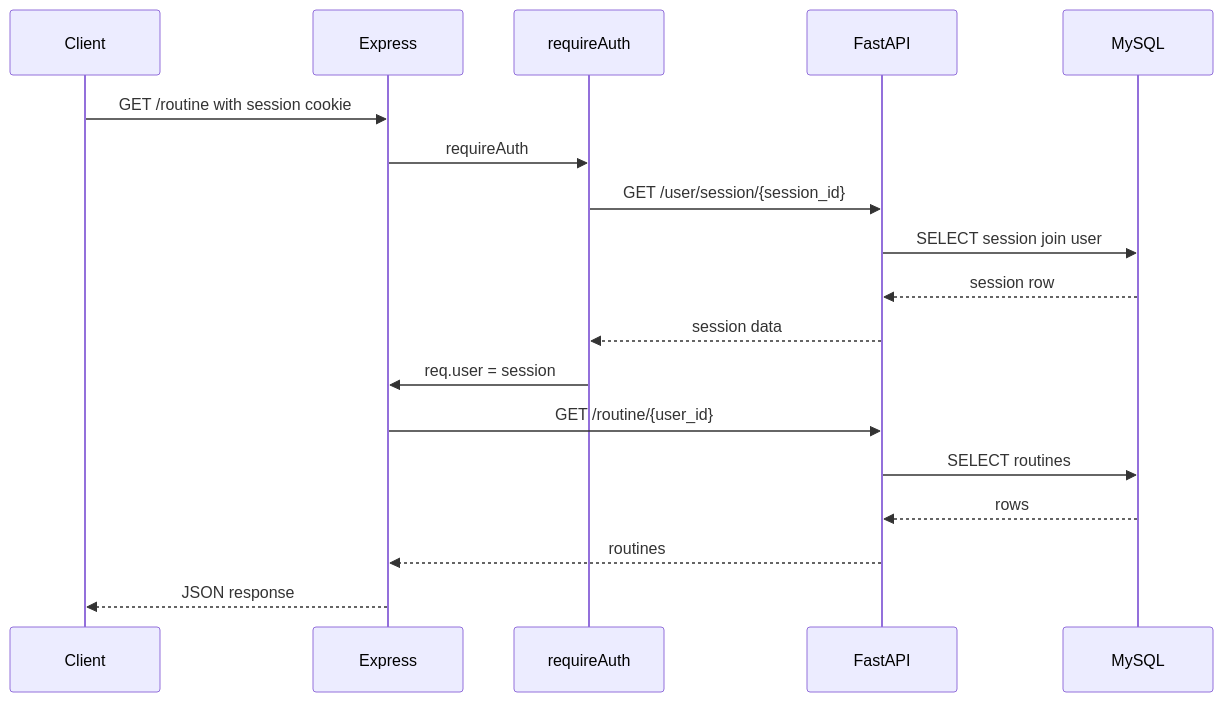
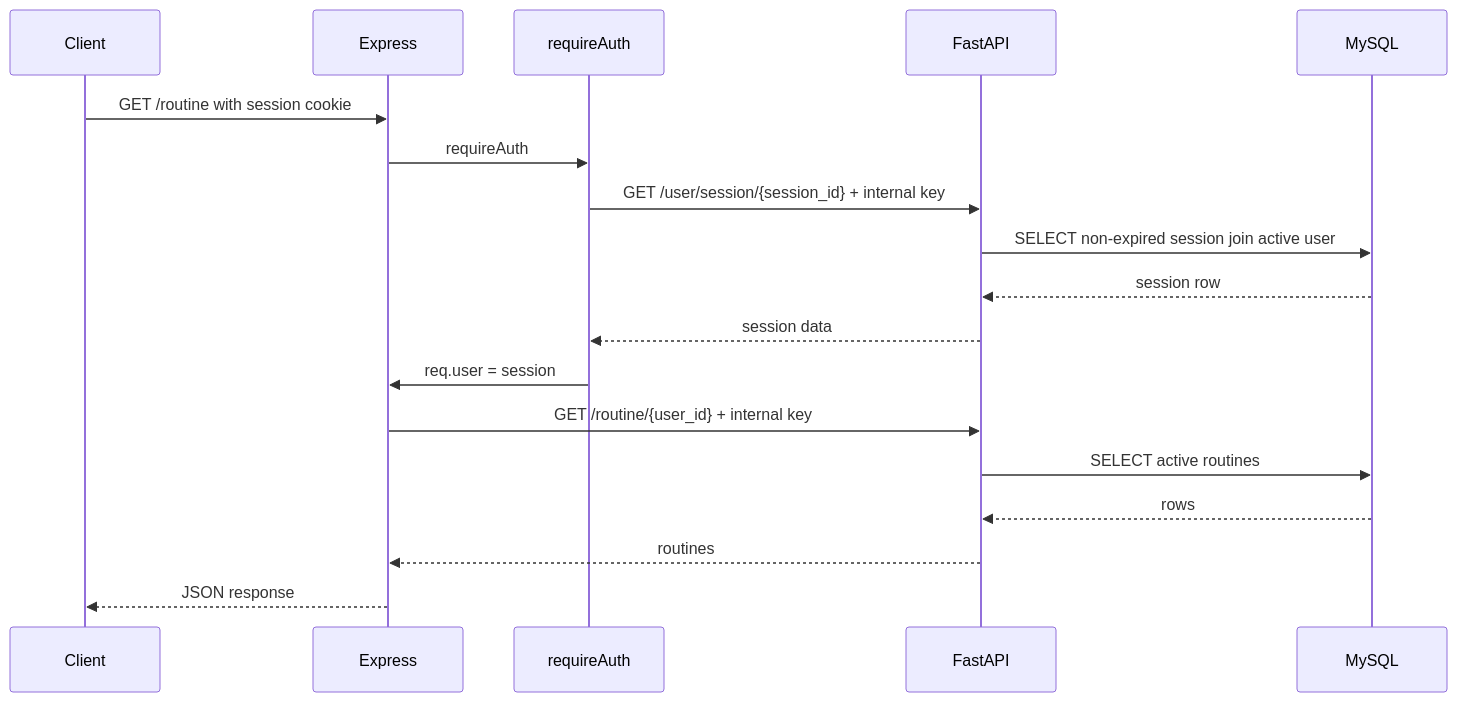
Before and after one commit to junseoja/capston: the sixth of 16 diagrams in docs/architecture-overview.md, drawn with Mermaid. The commit also changed other lines of this file and 20 other files, not shown here.

````diff
--- a/docs/architecture-overview.md
+++ b/docs/architecture-overview.md
@@ -170,21 +269,21 @@
 ```mermaid
 sequenceDiagram
     participant C as Client
     participant E as Express
     participant M as requireAuth
     participant F as FastAPI
     participant D as MySQL
 
     C->>E: GET /routine with session cookie
     E->>M: requireAuth
-    M->>F: GET /user/session/{session_id}
-    F->>D: SELECT session join user
+    M->>F: GET /user/session/{session_id} + internal key
+    F->>D: SELECT non-expired session join active user
     D-->>F: session row
     F-->>M: session data
     M->>E: req.user = session
-    E->>F: GET /routine/{user_id}
-    F->>D: SELECT routines
+    E->>F: GET /routine/{user_id} + internal key
+    F->>D: SELECT active routines
     D-->>F: rows
     F-->>E: routines
     E-->>C: JSON response
 ```
````
